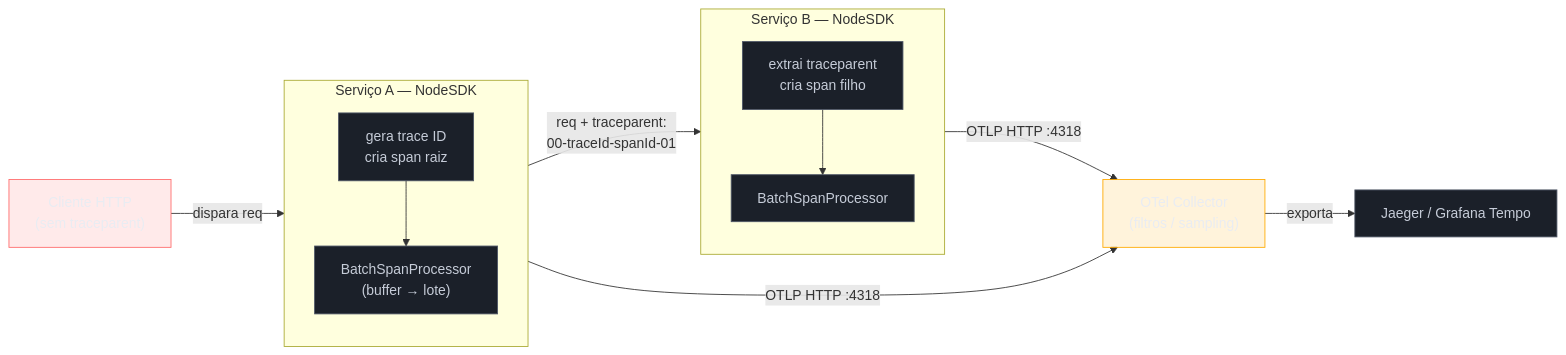
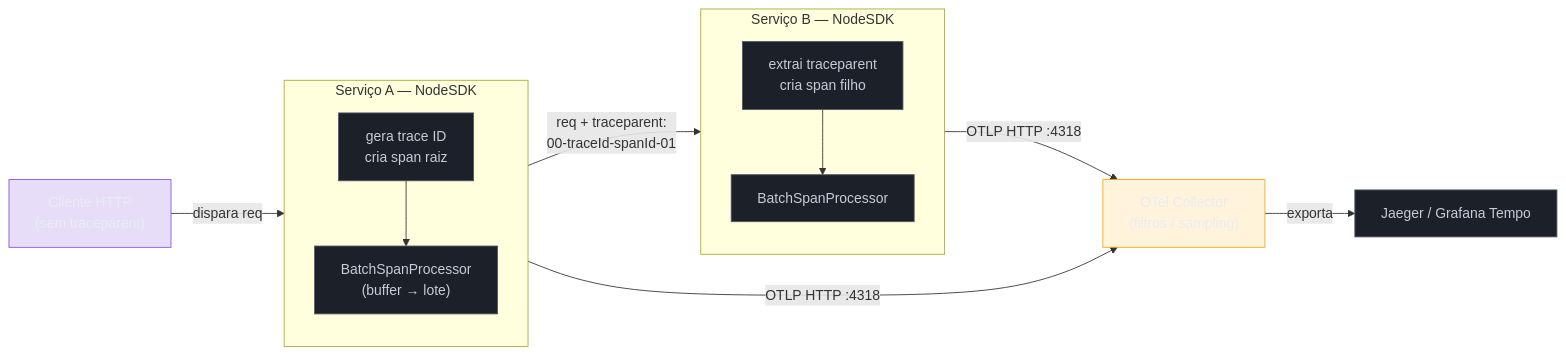
Before and after one commit to josenaldo/codex-technomanticus: the diagram in 03-Dominios/Tecnologia/Node/Observability e produção/06 - Tracing distribuído com OpenTelemetry.md, drawn with Mermaid. The commit also changed 601 other files, not shown here.

````diff
--- a/03-Dominios/Tecnologia/Node/Observability e produção/06 - Tracing distribuído com OpenTelemetry.md
+++ b/03-Dominios/Tecnologia/Node/Observability e produção/06 - Tracing distribuído com OpenTelemetry.md
@@ -32,31 +32,31 @@
 ```mermaid
 flowchart LR
+    classDef marca fill:#8855DF33,stroke:#8855DF,color:#E9ECF2
     classDef neutro fill:#1B2029,stroke:#4E5666,color:#C6CCD8
     classDef destaque fill:#FFAA0024,stroke:#FFAA00,color:#E9ECF2
-    classDef falha fill:#FF6B6B24,stroke:#FF6B6B,color:#E9ECF2
     CL["Cliente HTTP\n(sem traceparent)"] -->|"dispara req"| SA
 
     subgraph SA["Serviço A — NodeSDK"]
         direction TB
         IA["gera trace ID\ncria span raiz"] --> PA["BatchSpanProcessor\n(buffer → lote)"]
     end
 
     SA -->|"req + traceparent:\n00-traceId-spanId-01"| SB
 
     subgraph SB["Serviço B — NodeSDK"]
         direction TB
         IB["extrai traceparent\ncria span filho"] --> PB["BatchSpanProcessor"]
     end
 
     PA -->|"OTLP HTTP :4318"| COL["OTel Collector\n(filtros / sampling)"]
     PB -->|"OTLP HTTP :4318"| COL
     COL -->|"exporta"| BE["Jaeger / Grafana Tempo"]
 
     class IA neutro
     class IB neutro
     class PA neutro
     class PB neutro
     class COL destaque
     class BE neutro
-    class CL falha
+    class CL marca
 ```
````
